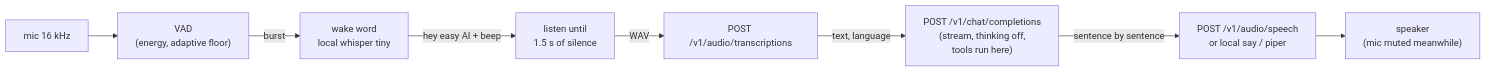
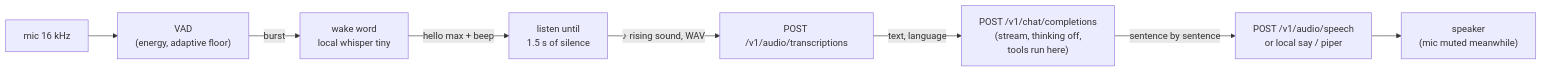
One commit to solariun/easyai changed the diagram in easyai-assistant.md. Above: the diagram before and after it, drawn with Mermaid. The commit also changed other lines of this file and 11 other files, not shown here.

````diff
--- a/easyai-assistant.md
+++ b/easyai-assistant.md
@@ -12,10 +12,10 @@
 ```mermaid
 flowchart LR
   M["mic 16 kHz"] --> V["VAD\n(energy, adaptive floor)"]
   V -->|burst| W["wake word\nlocal whisper tiny"]
-  W -->|hey easy AI + beep| L["listen until\n1.5 s of silence"]
-  L -->|WAV| S["POST /v1/audio/transcriptions"]
+  W -->|hello max + beep| L["listen until\n1.5 s of silence"]
+  L -->|♪ rising sound, WAV| S["POST /v1/audio/transcriptions"]
   S -->|text, language| C["POST /v1/chat/completions\n(stream, thinking off,\ntools run here)"]
   C -->|sentence by sentence| T["POST /v1/audio/speech\nor local say / piper"]
   T --> P["speaker\n(mic muted meanwhile)"]
 ```
````
